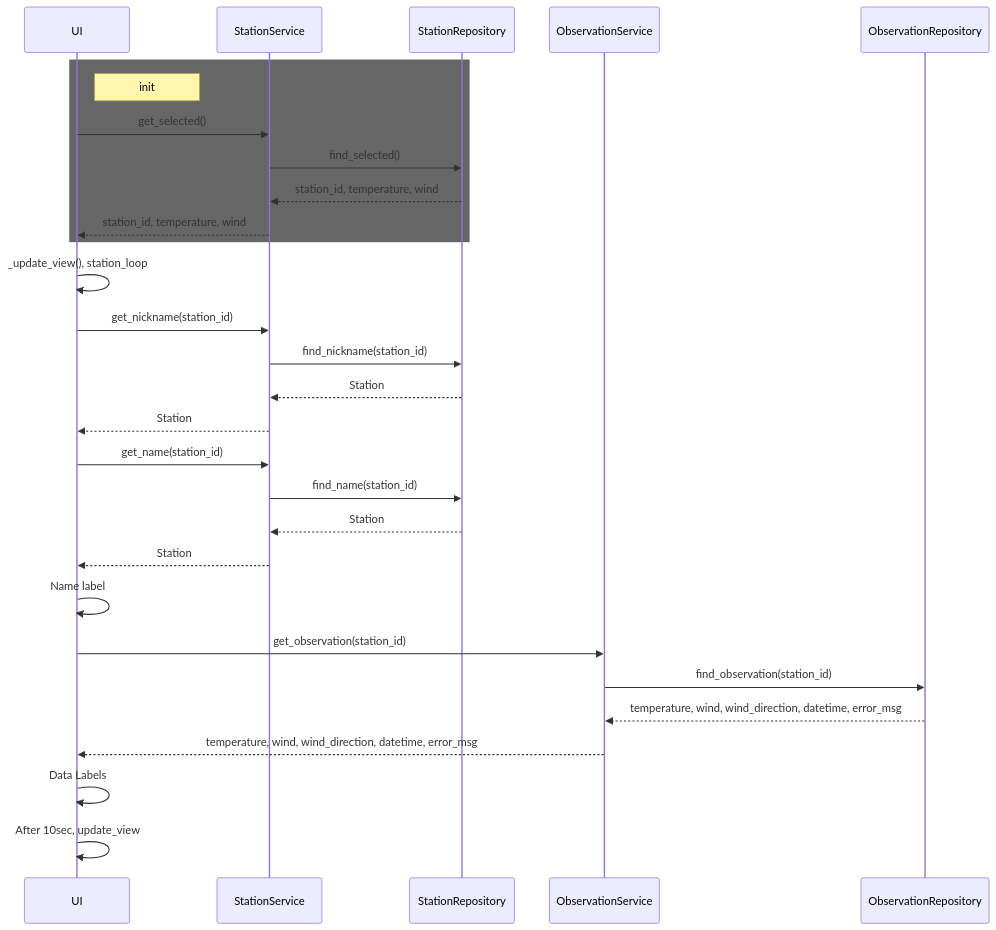
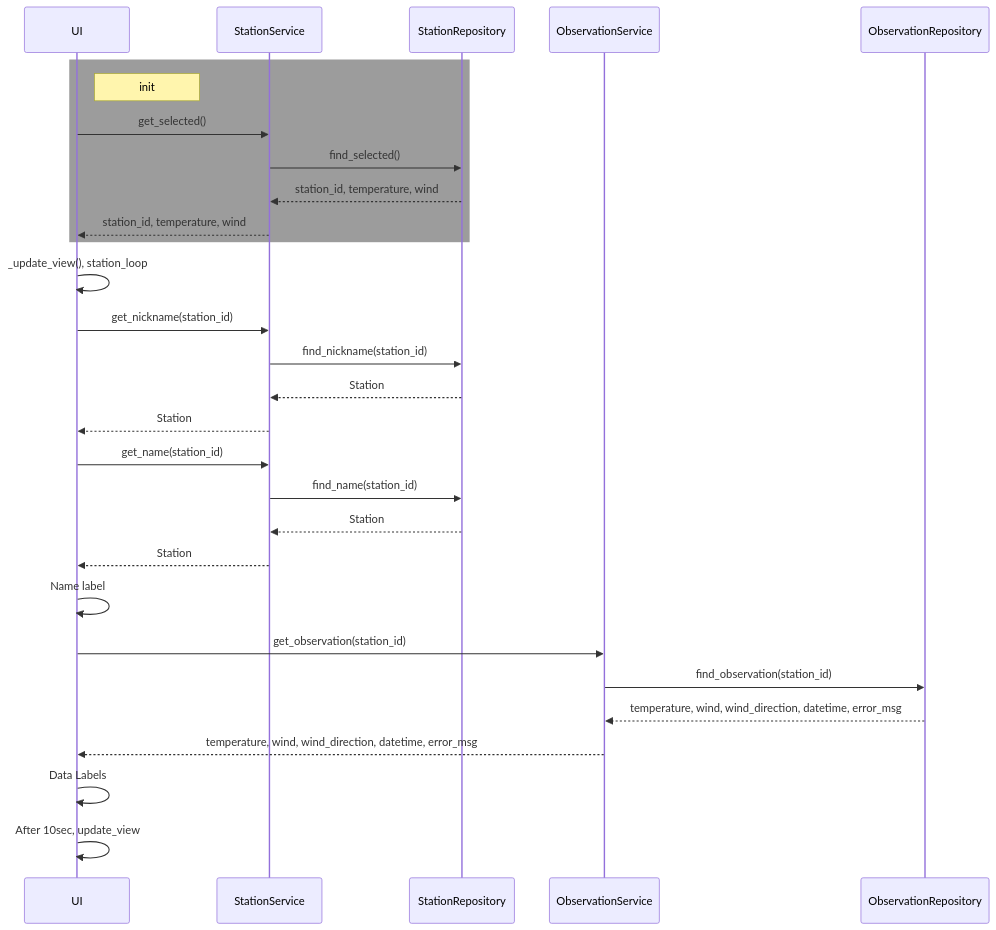
The sixth of 7 diagrams in documentation/architecture.md (mcpaulafi/ot-harjoitustyo), drawn with Mermaid before and after one commit. The commit also changed other lines of this file and 2 other files, not shown here.

````diff
--- a/documentation/architecture.md
+++ b/documentation/architecture.md
@@ -225,33 +227,33 @@
 ```mermaid
 sequenceDiagram
     participant UI
     participant StationService
     participant StationRepository
     participant ObservationService
     participant ObservationRepository
 
-    rect rgb(102, 102, 102)
+    rect rgb(156, 156, 156)
     note right of UI: init
     UI->>StationService: get_selected()
     StationService->>StationRepository: find_selected()
     StationRepository-->>StationService: station_id, temperature, wind
     StationService-->>UI: station_id, temperature, wind
     end
 
     UI->>UI: _update_view(), station_loop
     UI->>StationService: get_nickname(station_id)
     StationService->>StationRepository: find_nickname(station_id)
     StationRepository-->>StationService: Station
     StationService-->>UI: Station
     UI->>StationService: get_name(station_id)
     StationService->>StationRepository: find_name(station_id)
     StationRepository-->>StationService: Station
     StationService-->>UI: Station
     UI->>UI: Name label
     UI->>ObservationService: get_observation(station_id)
     ObservationService->>ObservationRepository: find_observation(station_id)
     ObservationRepository-->>ObservationService: temperature, wind, wind_direction, datetime, error_msg
     ObservationService-->>UI: temperature, wind, wind_direction, datetime, error_msg
     UI->>UI: Data Labels
     UI->>UI: After 10sec, update_view 
 ```
````
